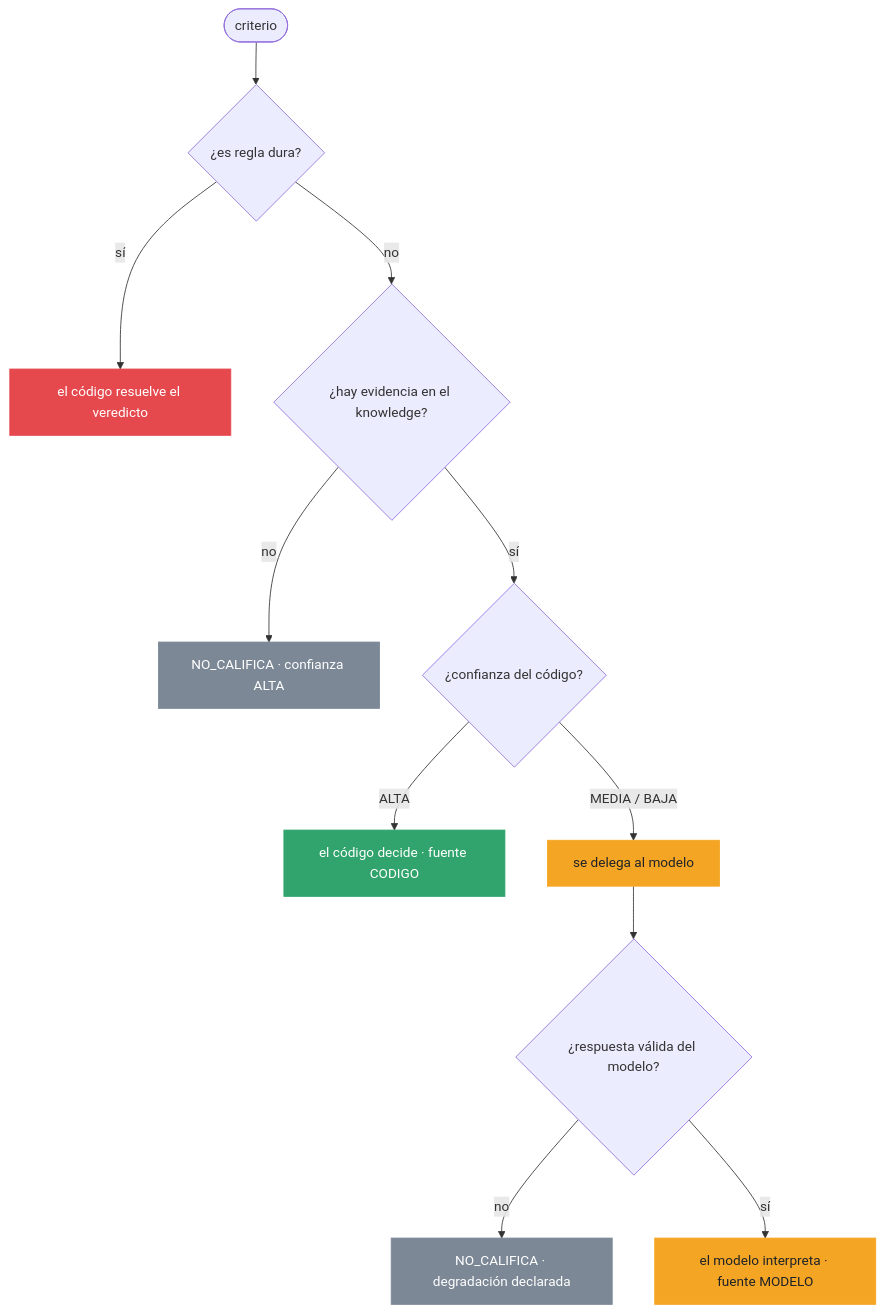
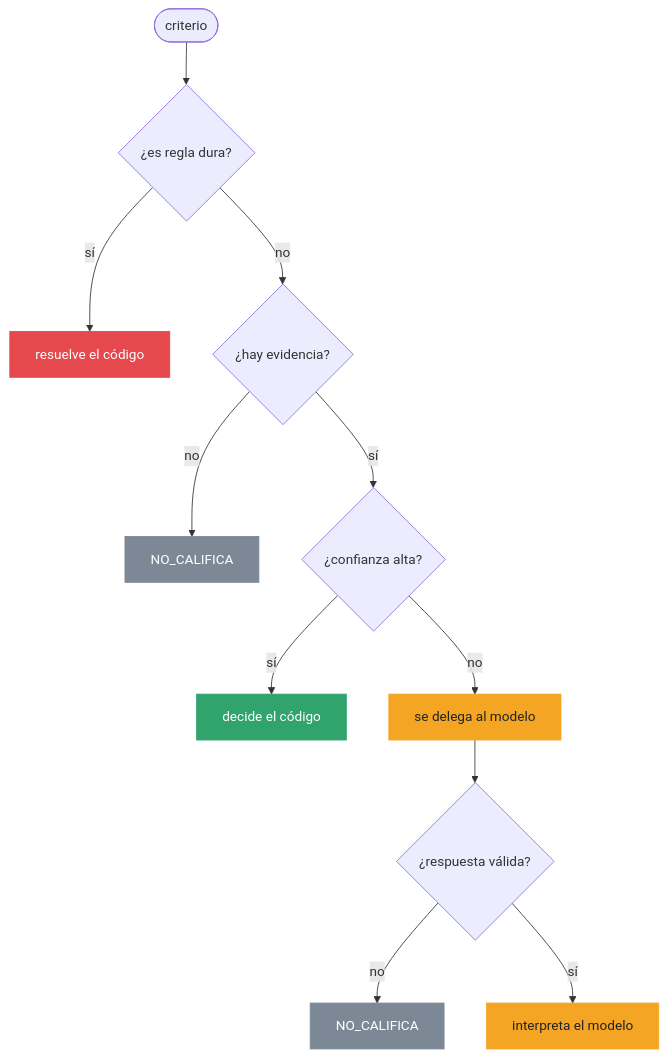
The diagram in README.md (GERARDOBR01/veristack), drawn with Mermaid before and after one commit.

Commit message:
fix: etiquetas cortas en el Mermaid (GitHub recortaba las largas)

````diff
--- a/README.md
+++ b/README.md
@@ -52,22 +52,22 @@
 ```mermaid
 flowchart TD
     C(["criterio"]) --> M{"¿es regla dura?"}
-    M -- "sí" --> G["el código resuelve el veredicto"]
-    M -- "no" --> E{"¿hay evidencia en el knowledge?"}
-    E -- "no" --> N["NO_CALIFICA · confianza ALTA"]
-    E -- "sí" --> K{"¿confianza del código?"}
-    K -- "ALTA" --> D["el código decide · fuente CODIGO"]
-    K -- "MEDIA / BAJA" --> P["se delega al modelo"]
-    P --> R{"¿respuesta válida del modelo?"}
-    R -- "no" --> N2["NO_CALIFICA · degradación declarada"]
-    R -- "sí" --> I["el modelo interpreta · fuente MODELO"]
+    M -- "sí" --> G["resuelve el código"]
+    M -- "no" --> E{"¿hay evidencia?"}
+    E -- "no" --> N["NO_CALIFICA"]
+    E -- "sí" --> K{"¿confianza alta?"}
+    K -- "sí" --> D["decide el código"]
+    K -- "no" --> P["se delega al modelo"]
+    P --> R{"¿respuesta válida?"}
+    R -- "no" --> N2["NO_CALIFICA"]
+    R -- "sí" --> I["interpreta el modelo"]
 
     classDef grave fill:#E5484D,stroke:#E5484D,color:#fff;
     classDef nc fill:#7C8896,stroke:#7C8896,color:#fff;
     classDef ok fill:#30A46C,stroke:#30A46C,color:#fff;
     classDef mod fill:#F5A524,stroke:#F5A524,color:#1F2328;
     class G grave;
     class N,N2 nc;
     class D ok;
     class P,I mod;
 ```
````
